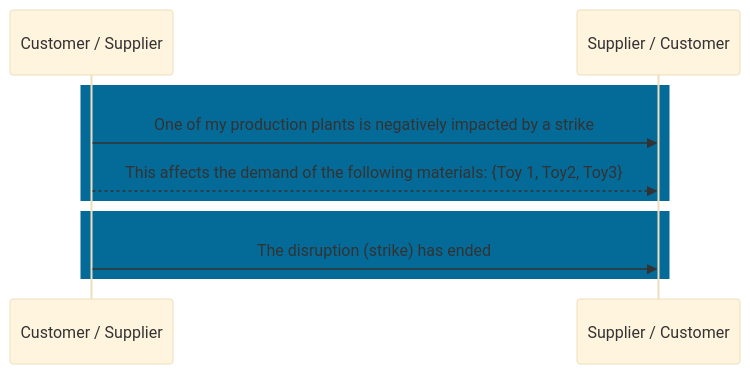
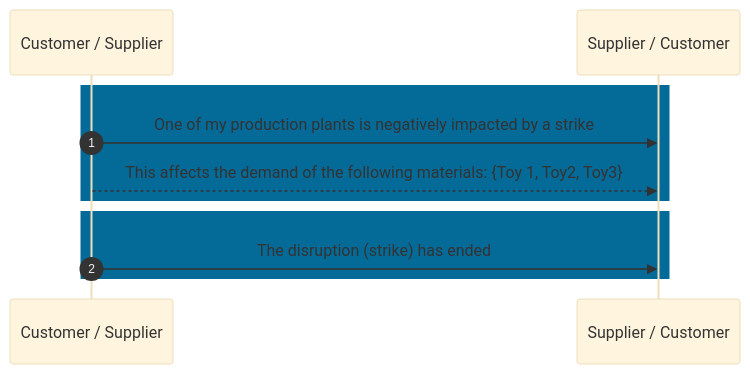
The diagram in docs-kits/kits/Demand and Capacity Management Kit/adoption-view/use-case/disruption-notification.md (eclipse-tractusx/eclipse-tractusx.github.io), drawn with Mermaid (base theme) before and after one commit. The commit also changed 12 other files, not shown here.

Commit message:
Added numbering to sequence diagrams

````diff
--- a/docs-kits/kits/Demand and Capacity Management Kit/adoption-view/use-case/disruption-notification.md
+++ b/docs-kits/kits/Demand and Capacity Management Kit/adoption-view/use-case/disruption-notification.md
@@ -22,12 +22,15 @@
 ```mermaid
 sequenceDiagram
+autonumber
 Participant c as Customer / Supplier
 Participant s as Supplier / Customer
 rect rgb(4,107,153) 
-c->>s: One of my production plants is negatively impacted by a strike
-c-->>s: This affects the demand of the following materials: {Toy 1, Toy2, Toy3}
+    c->>s: One of my production plants is negatively impacted by a strike
+    autonumber off
+    c-->>s: This affects the demand of the following materials: {Toy 1, Toy2, Toy3}
 end
 rect rgb(4,107,153) 
-c->>s: The disruption (strike) has ended
+    autonumber 2
+    c->>s: The disruption (strike) has ended
 end
 ```
````
